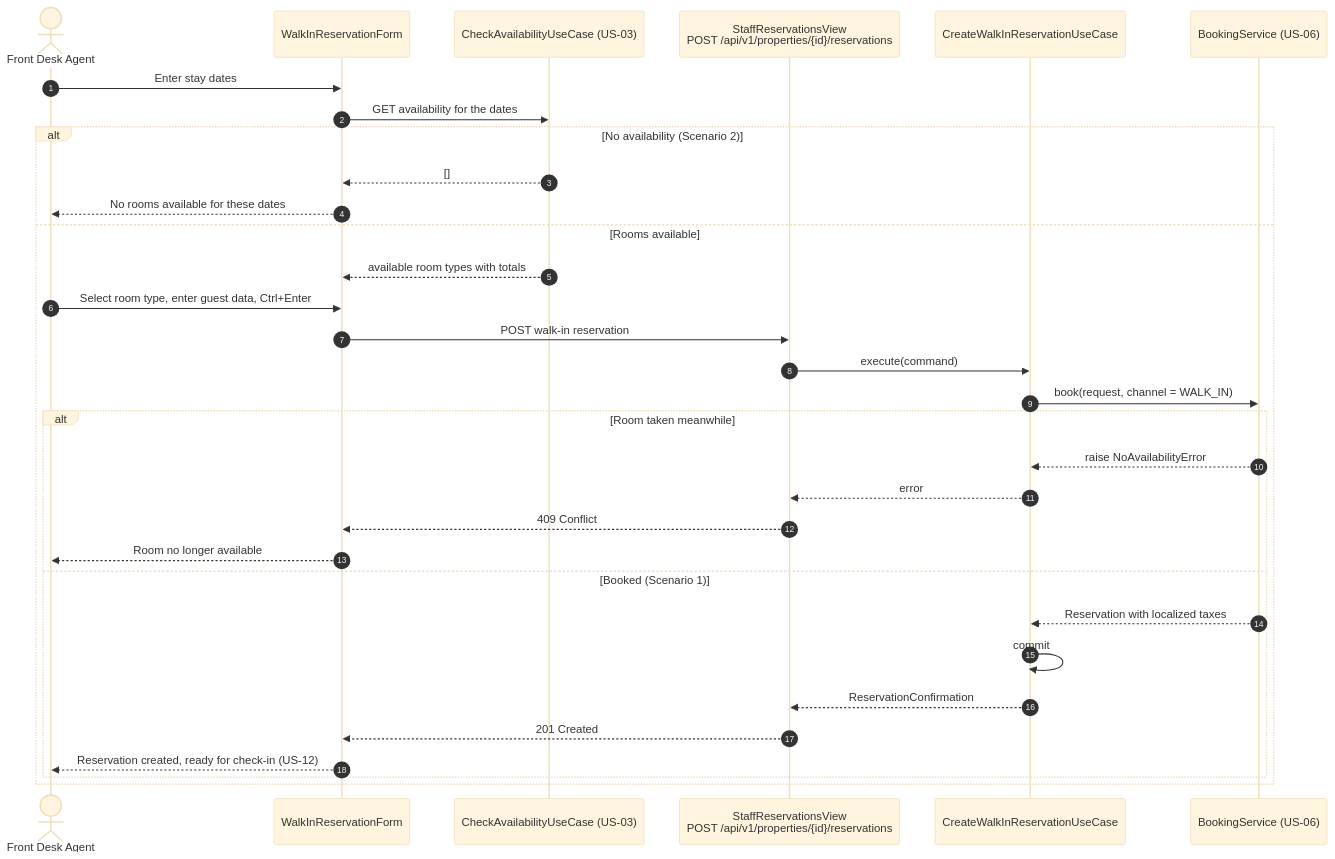
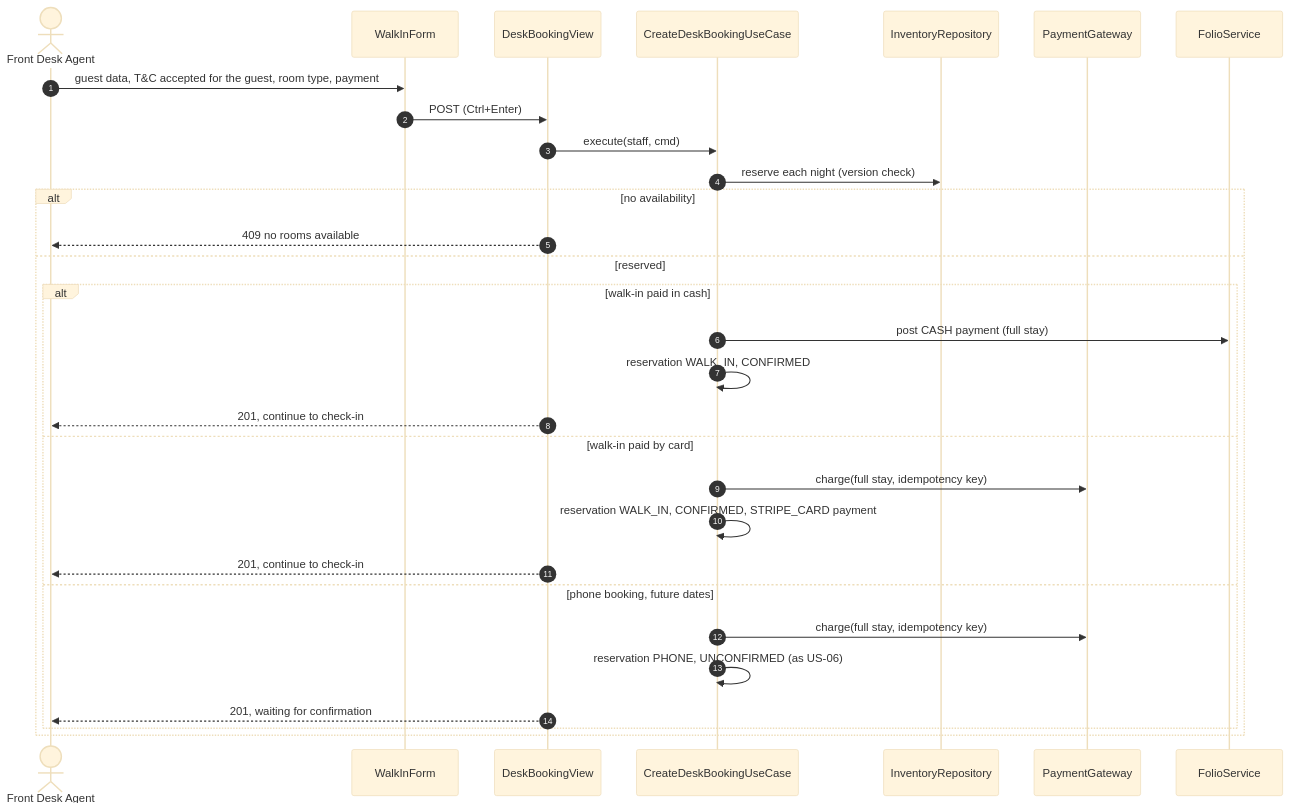
Before and after one commit to BraceroInSabot/Motel-Starmie: the third of 3 diagrams in docs/Initial Requirements/Diagrams/US-09 - Walk-in Reservation.md, drawn with Mermaid (base theme). The commit also changed other lines of this file and 51 other files, not shown here.

````diff
--- a/docs/Initial Requirements/Diagrams/US-09 - Walk-in Reservation.md
+++ b/docs/Initial Requirements/Diagrams/US-09 - Walk-in Reservation.md
@@ -153,35 +173,33 @@
 ```mermaid
 sequenceDiagram
     autonumber
-    actor Agent as Front Desk Agent
-    participant Form as WalkInReservationForm
-    participant Avail as CheckAvailabilityUseCase (US-03)
-    participant View as StaffReservationsView<br/>POST /api/v1/properties/{id}/reservations
-    participant UC as CreateWalkInReservationUseCase
-    participant Book as BookingService (US-06)
+    actor FDA as Front Desk Agent
+    participant Form as WalkInForm
+    participant View as DeskBookingView
+    participant UC as CreateDeskBookingUseCase
+    participant Inv as InventoryRepository
+    participant Pay as PaymentGateway
+    participant Folio as FolioService
 
-    Agent->>Form: Enter stay dates
-    Form->>Avail: GET availability for the dates
-    alt No availability (Scenario 2)
-        Avail-->>Form: []
-        Form-->>Agent: No rooms available for these dates
-    else Rooms available
-        Avail-->>Form: available room types with totals
-        Agent->>Form: Select room type, enter guest data, Ctrl+Enter
-        Form->>View: POST walk-in reservation
-        View->>UC: execute(command)
-        UC->>Book: book(request, channel = WALK_IN)
-        alt Room taken meanwhile
-            Book-->>UC: raise NoAvailabilityError
-            UC-->>View: error
-            View-->>Form: 409 Conflict
-            Form-->>Agent: Room no longer available
-        else Booked (Scenario 1)
-            Book-->>UC: Reservation with localized taxes
-            UC->>UC: commit
-            UC-->>View: ReservationConfirmation
-            View-->>Form: 201 Created
-            Form-->>Agent: Reservation created, ready for check-in (US-12)
+    FDA->>Form: guest data, T&C accepted for the guest, room type, payment
+    Form->>View: POST (Ctrl+Enter)
+    View->>UC: execute(staff, cmd)
+    UC->>Inv: reserve each night (version check)
+    alt no availability
+        View-->>FDA: 409 no rooms available
+    else reserved
+        alt walk-in paid in cash
+            UC->>Folio: post CASH payment (full stay)
+            UC->>UC: reservation WALK_IN, CONFIRMED
+            View-->>FDA: 201, continue to check-in
+        else walk-in paid by card
+            UC->>Pay: charge(full stay, idempotency key)
+            UC->>UC: reservation WALK_IN, CONFIRMED, STRIPE_CARD payment
+            View-->>FDA: 201, continue to check-in
+        else phone booking, future dates
+            UC->>Pay: charge(full stay, idempotency key)
+            UC->>UC: reservation PHONE, UNCONFIRMED (as US-06)
+            View-->>FDA: 201, waiting for confirmation
         end
     end
 ```
````
